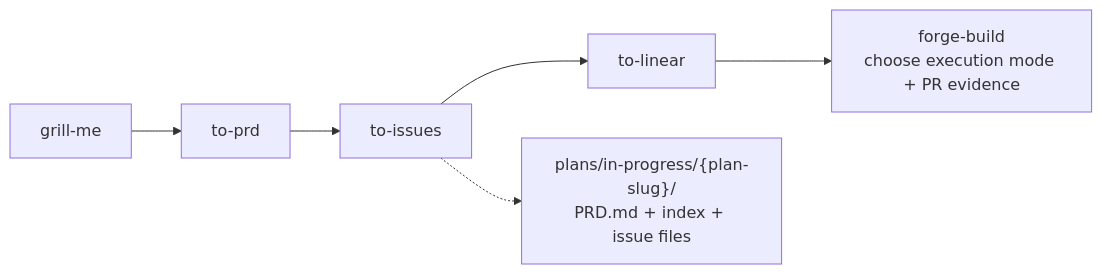
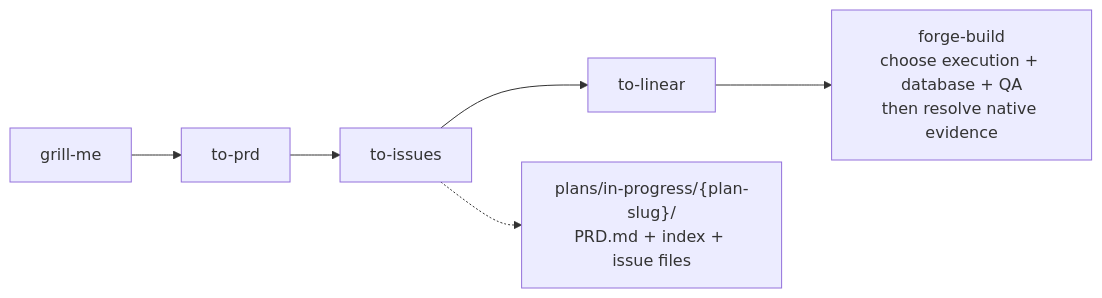
The second of 3 diagrams in ai-dev-workflow/README.md (evan-mavis/skills), drawn with Mermaid before and after one commit. The commit also changed other lines of this file and 46 other files, not shown here.

````diff
--- a/ai-dev-workflow/README.md
+++ b/ai-dev-workflow/README.md
@@ -77,14 +123,14 @@
 ```mermaid
 flowchart LR
   GM["grill-me"]
   PRD["to-prd"]
   ISS["to-issues"]
   LIN["to-linear"]
-  BUILD["forge-build<br/>choose execution mode + PR evidence"]
+  BUILD["forge-build<br/>choose execution + database + QA<br/>then resolve native evidence"]
 
   GM --> PRD
   PRD --> ISS
   ISS --> LIN
   LIN --> BUILD
   ISS -.-> PLAN["plans/in-progress/{plan-slug}/<br/>PRD.md + index + issue files"]
 ```
````
